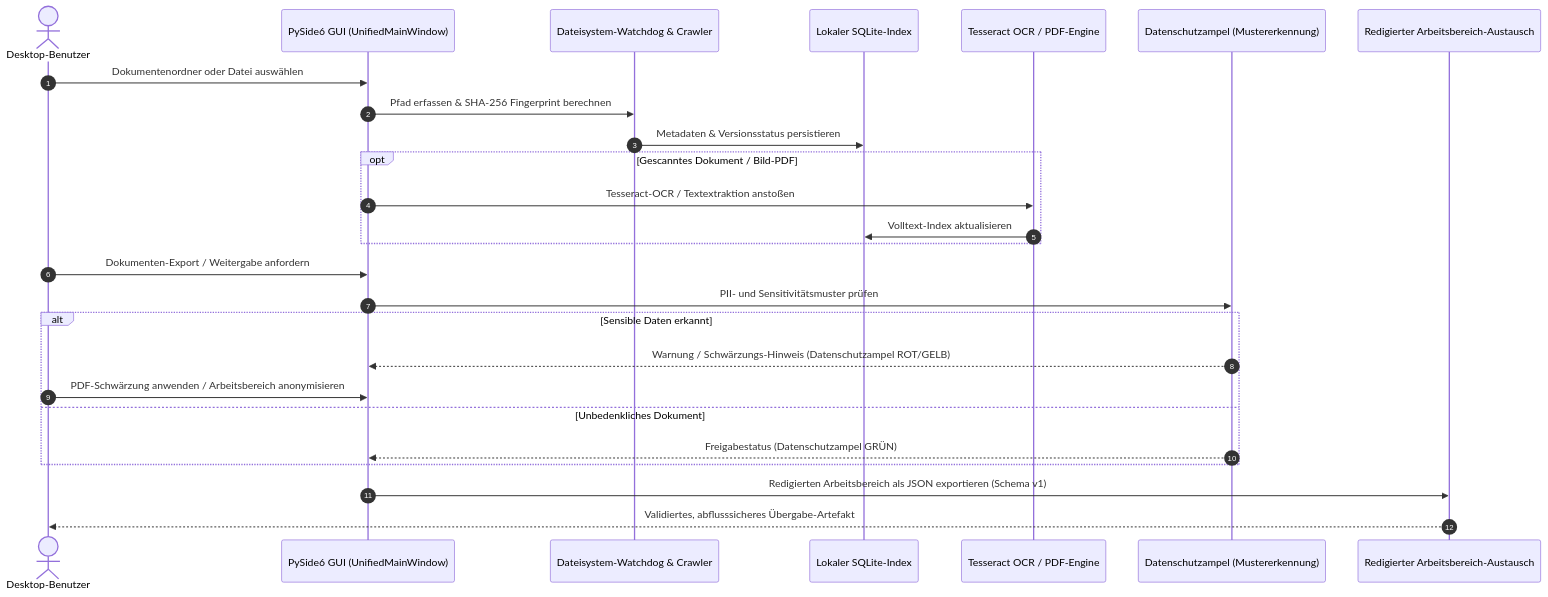
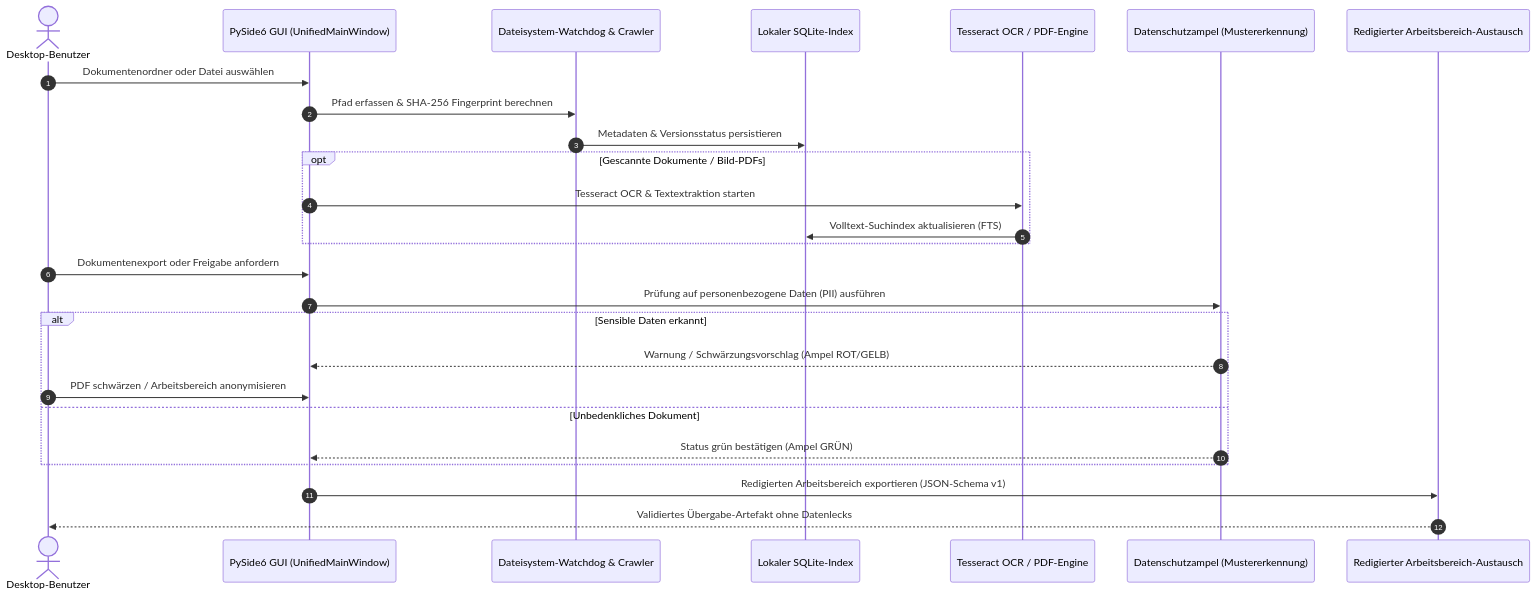
Before and after one commit to file-bricks/ProFiler: the second of 2 diagrams in README_de.md, drawn with Mermaid. The commit also changed other lines of this file and 4 other files, not shown here.

````diff
--- a/README_de.md
+++ b/README_de.md
@@ -87,29 +95,29 @@
 ```mermaid
 sequenceDiagram
     autonumber
     actor User as Desktop-Benutzer
     participant UI as PySide6 GUI (UnifiedMainWindow)
     participant Crawler as Dateisystem-Watchdog & Crawler
     participant Index as Lokaler SQLite-Index
     participant OCR as Tesseract OCR / PDF-Engine
     participant Gate as Datenschutzampel (Mustererkennung)
     participant Exchange as Redigierter Arbeitsbereich-Austausch
 
     User->>UI: Dokumentenordner oder Datei auswählen
     UI->>Crawler: Pfad erfassen & SHA-256 Fingerprint berechnen
     Crawler->>Index: Metadaten & Versionsstatus persistieren
-    opt Gescanntes Dokument / Bild-PDF
-        UI->>OCR: Tesseract-OCR / Textextraktion anstoßen
-        OCR->>Index: Volltext-Index aktualisieren
+    opt Gescannte Dokumente / Bild-PDFs
+        UI->>OCR: Tesseract OCR & Textextraktion starten
+        OCR->>Index: Volltext-Suchindex aktualisieren (FTS)
     end
-    User->>UI: Dokumenten-Export / Weitergabe anfordern
-    UI->>Gate: PII- und Sensitivitätsmuster prüfen
+    User->>UI: Dokumentenexport oder Freigabe anfordern
+    UI->>Gate: Prüfung auf personenbezogene Daten (PII) ausführen
     alt Sensible Daten erkannt
-        Gate-->>UI: Warnung / Schwärzungs-Hinweis (Datenschutzampel ROT/GELB)
-        User->>UI: PDF-Schwärzung anwenden / Arbeitsbereich anonymisieren
+        Gate-->>UI: Warnung / Schwärzungsvorschlag (Ampel ROT/GELB)
+        User->>UI: PDF schwärzen / Arbeitsbereich anonymisieren
     else Unbedenkliches Dokument
-        Gate-->>UI: Freigabestatus (Datenschutzampel GRÜN)
+        Gate-->>UI: Status grün bestätigen (Ampel GRÜN)
     end
-    UI->>Exchange: Redigierten Arbeitsbereich als JSON exportieren (Schema v1)
-    Exchange-->>User: Validiertes, abflusssicheres Übergabe-Artefakt
+    UI->>Exchange: Redigierten Arbeitsbereich exportieren (JSON-Schema v1)
+    Exchange-->>User: Validiertes Übergabe-Artefakt ohne Datenlecks
 ```
````
